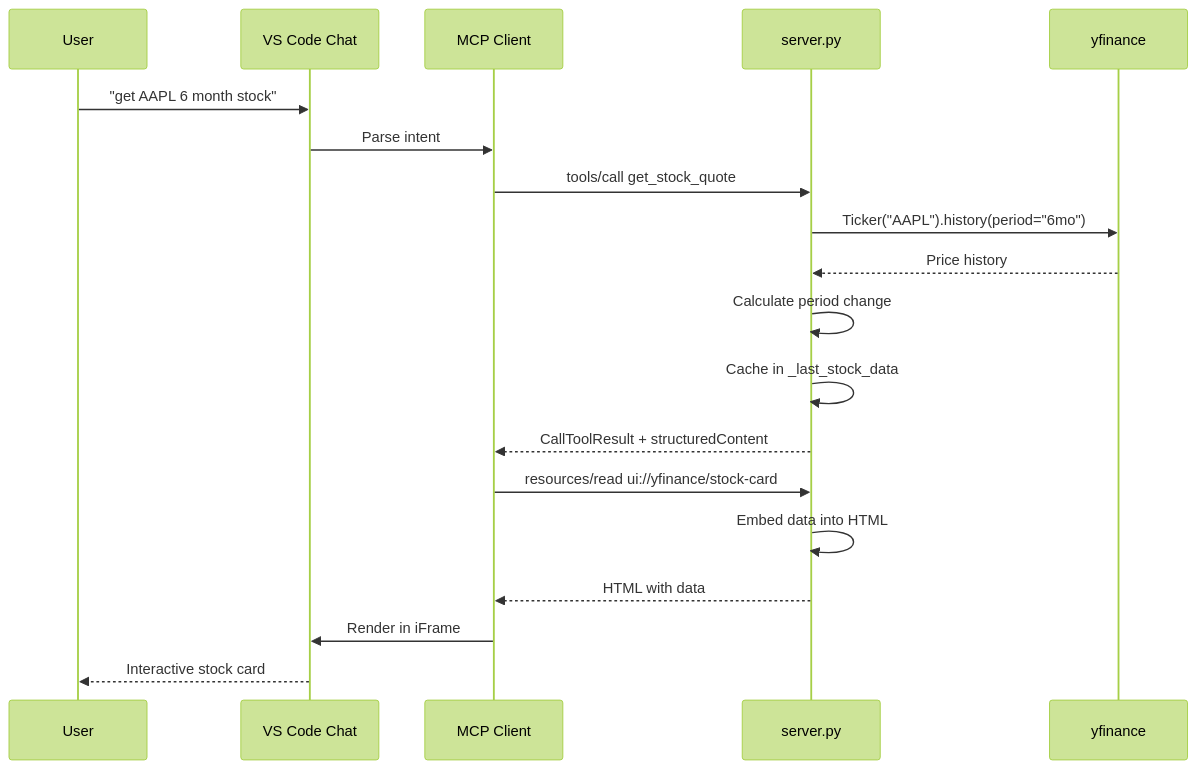
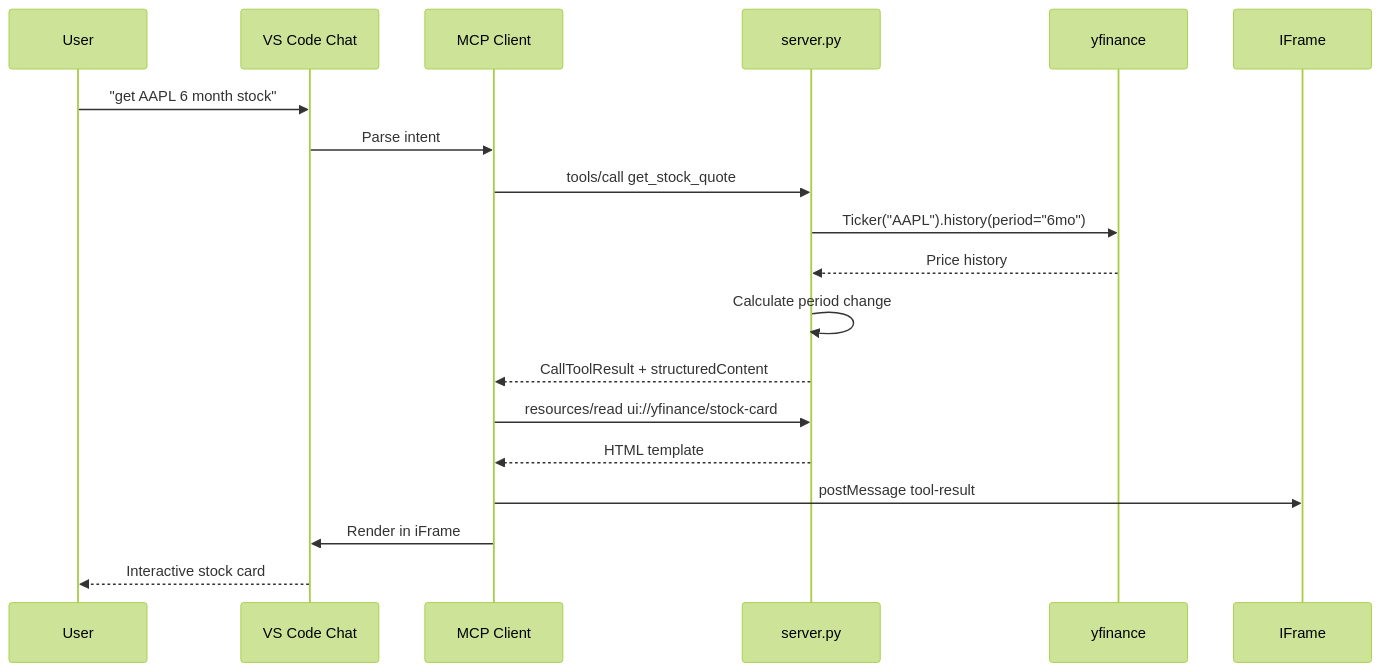
The second of 2 diagrams in AGENTS.md (trsdn/mcp-app-yfinance-example), drawn with Mermaid (forest theme) before and after one commit. The commit also changed other lines of this file and 4 other files, not shown here.

````diff
--- a/AGENTS.md
+++ b/AGENTS.md
@@ -45,22 +45,21 @@
 ```mermaid
 sequenceDiagram
     participant User
     participant VSCode as VS Code Chat
     participant MCP as MCP Client
     participant Server as server.py
     participant YF as yfinance
 
     User->>VSCode: "get AAPL 6 month stock"
     VSCode->>MCP: Parse intent
     MCP->>Server: tools/call get_stock_quote
     Server->>YF: Ticker("AAPL").history(period="6mo")
     YF-->>Server: Price history
     Server->>Server: Calculate period change
-    Server->>Server: Cache in _last_stock_data
     Server-->>MCP: CallToolResult + structuredContent
     MCP->>Server: resources/read ui://yfinance/stock-card
-    Server->>Server: Embed data into HTML
-    Server-->>MCP: HTML with data
+    Server-->>MCP: HTML template
+    MCP->>IFrame: postMessage tool-result
     MCP->>VSCode: Render in iFrame
     VSCode-->>User: Interactive stock card
 ```
````
